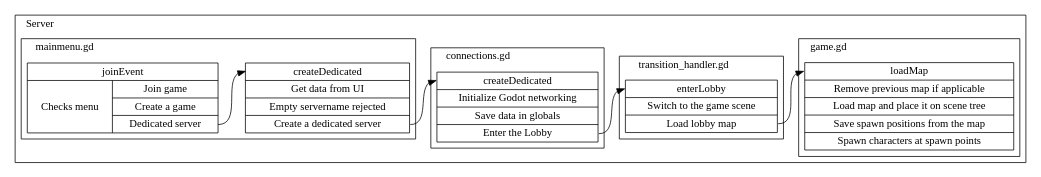
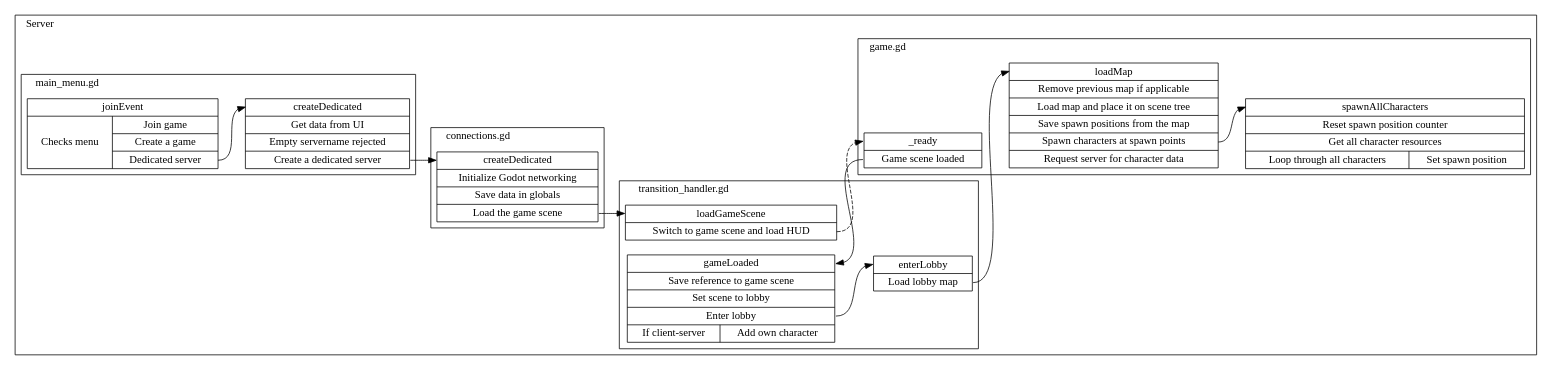
One commit to opensuspect/opensuspect changed the diagram in misc/controlflow/create and join/dedicated.dot. Above: the diagram before and after it, drawn with Graphviz. The commit also changed 13 other files, not shown here.

Commit message:
WIP: updating controlflow for create and join

```diff
--- a/misc/controlflow/create and join/dedicated.dot
+++ b/misc/controlflow/create and join/dedicated.dot
@@ -1,52 +1,73 @@
 digraph controlflow {
     rankdir="LR";
     subgraph cluster_client1 {
         label="Client 1"; labeljust="l";
 
     }
     subgraph cluster_server {
         label="Server"; labeljust="l";
         subgraph cluster_server_game {
             label="game.gd"; labeljust="l";
+            server_game__ready [
+                label="<begin>_ready | <f0> Game scene loaded "
+                shape="record"
+            ]
             server_game_loadMap [
-                label="<begin>loadMap | {<f0> Remove previous map if applicable } | <f1> Load map and place it on scene tree  | <f2> Save spawn positions from the map  | <f3> Spawn characters at spawn points "
+                label="<begin>loadMap | {<f0> Remove previous map if applicable } | <f1> Load map and place it on scene tree  | <f2> Save spawn positions from the map  | <f3> Spawn characters at spawn points  | <f4> Request server for character data "
+                shape="record"
+            ]
+            server_game_spawnAllCharacters [
+                label="<begin>spawnAllCharacters | <f0> Reset spawn position counter  | <f1> Get all character resources  | {<f2> Loop through all characters  |  { <f3> Set spawn position  } }"
                 shape="record"
             ]
         }
-        subgraph cluster_server_transition_handler {
-            label="transition_handler.gd"; labeljust="l";
-            server_transition_handler_enterLobby [
-                label="<begin>enterLobby | <f0> Switch to the game scene  | <f1> Load lobby map "
+        subgraph cluster_server_main_menu {
+            label="main_menu.gd"; labeljust="l";
+            server_main_menu_createDedicated [
+                label="<begin>createDedicated | <f0> Get data from UI  | {<f1> Empty servername rejected } | <f2> Create a dedicated server "
+                shape="record"
+            ]
+            server_main_menu_joinEvent [
+                label="<begin>joinEvent | {<f0> Checks menu  |  { <f1> Join game  | <f2> Create a game  | <f3> Dedicated server  } }"
                 shape="record"
             ]
         }
         subgraph cluster_server_connections {
             label="connections.gd"; labeljust="l";
             server_connections_createDedicated [
-                label="<begin>createDedicated | <f0> Initialize Godot networking  | <f1> Save data in globals  | <f2> Enter the Lobby "
+                label="<begin>createDedicated | <f0> Initialize Godot networking  | <f1> Save data in globals  | <f2> Load the game scene "
                 shape="record"
             ]
         }
-        subgraph cluster_server_mainmenu {
-            label="mainmenu.gd"; labeljust="l";
-            server_mainmenu_createDedicated [
-                label="<begin>createDedicated | <f0> Get data from UI  | {<f1> Empty servername rejected } | <f2> Create a dedicated server "
+        subgraph cluster_server_transition_handler {
+            label="transition_handler.gd"; labeljust="l";
+            server_transition_handler_gameLoaded [
+                label="<begin>gameLoaded | <f0> Save reference to game scene  | <f1> Set scene to lobby  | <f2> Enter lobby  | {<f3> If client-server  |  { <f4> Add own character  } }"
                 shape="record"
             ]
-            server_mainmenu_joinEvent [
-                label="<begin>joinEvent | {<f0> Checks menu  |  { <f1> Join game  | <f2> Create a game  | <f3> Dedicated server  } }"
+            server_transition_handler_loadGameScene [
+                label="<begin>loadGameScene | <f0> Switch to game scene and load HUD "
+                shape="record"
+            ]
+            server_transition_handler_enterLobby [
+                label="<begin>enterLobby | <f0> Load lobby map "
                 shape="record"
             ]
         }
 
     }
     subgraph cluster_client2 {
         label="Client 2"; labeljust="l";
 
     }
 
-    server_mainmenu_joinEvent:f3 -> server_mainmenu_createDedicated:begin;
-    server_mainmenu_createDedicated:f2 -> server_connections_createDedicated:begin;
-    server_connections_createDedicated:f2 -> server_transition_handler_enterLobby:begin;
-    server_transition_handler_enterLobby:f1 -> server_game_loadMap:begin;
+    server_main_menu_joinEvent:f3 -> server_main_menu_createDedicated:begin;
+    server_main_menu_createDedicated:f2 -> server_connections_createDedicated:begin;
+    server_connections_createDedicated:f2 -> server_transition_handler_loadGameScene:begin;
+    server_transition_handler_loadGameScene:f0 -> server_game__ready:begin [style=dashed];
+    server_game__ready -> server_game_loadMap [style=invis];
+    server_game__ready:f0 -> server_transition_handler_gameLoaded:begin;
+    server_transition_handler_gameLoaded:f2 -> server_transition_handler_enterLobby:begin;
+    server_transition_handler_enterLobby:f0 -> server_game_loadMap:begin;
+    server_game_loadMap:f3 -> server_game_spawnAllCharacters:begin;
 }
```
